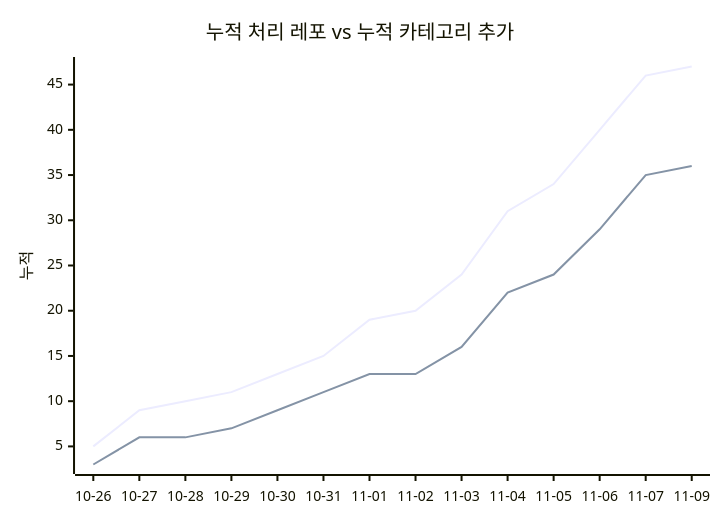
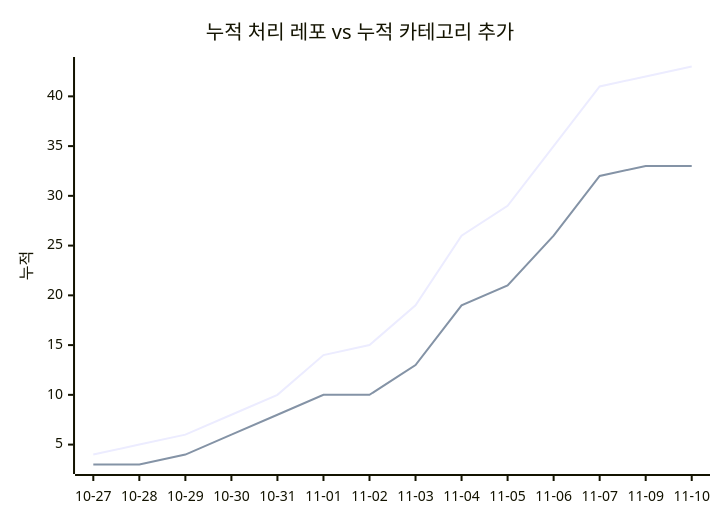
One commit to J-nowcow/awesome-korean-agent-skills changed the second of 2 diagrams in docs/trends.md. Above: the diagram before and after it, drawn with Mermaid. The commit also changed other lines of this file and 27 other files, not shown here.

````diff
--- a/docs/trends.md
+++ b/docs/trends.md
@@ -68,8 +68,8 @@
 ```mermaid
 xychart-beta
     title "누적 처리 레포 vs 누적 카테고리 추가"
-    x-axis ["10-26","10-27","10-28","10-29","10-30","10-31","11-01","11-02","11-03","11-04","11-05","11-06","11-07","11-09"]
+    x-axis ["10-27","10-28","10-29","10-30","10-31","11-01","11-02","11-03","11-04","11-05","11-06","11-07","11-09","11-10"]
     y-axis "누적"
-    line [5,9,10,11,13,15,19,20,24,31,34,40,46,47]
-    line [3,6,6,7,9,11,13,13,16,22,24,29,35,36]
+    line [4,5,6,8,10,14,15,19,26,29,35,41,42,43]
+    line [3,3,4,6,8,10,10,13,19,21,26,32,33,33]
 ```
````
